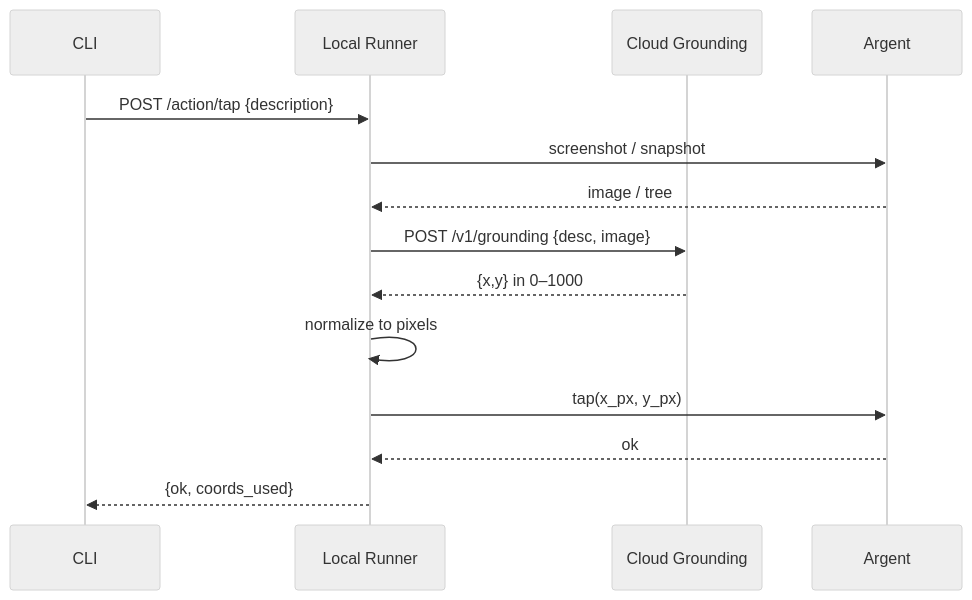
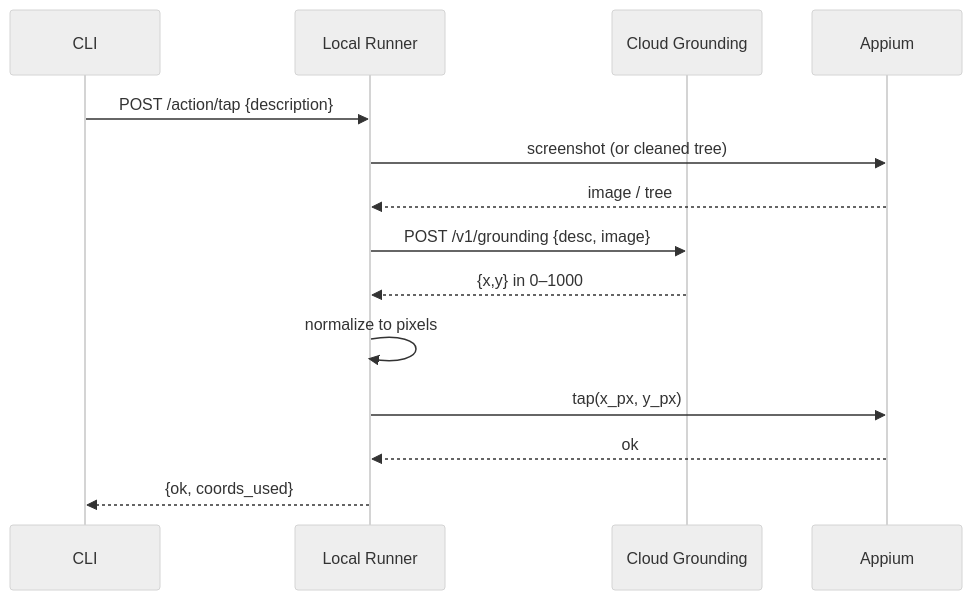
Before and after one commit to Aris-ngoy/qa-agent: the second of 3 diagrams in ARCHITECTURE.md, drawn with Mermaid (neutral theme). The commit also changed other lines of this file and 328 other files, not shown here.

````diff
--- a/ARCHITECTURE.md
+++ b/ARCHITECTURE.md
@@ -438,17 +451,17 @@
 ```mermaid
 sequenceDiagram
   participant CLI as CLI
   participant R as Local Runner
   participant G as Cloud Grounding
-  participant A as Argent
+  participant A as Appium
 
   CLI->>R: POST /action/tap {description}
-  R->>A: screenshot / snapshot
+  R->>A: screenshot (or cleaned tree)
   A-->>R: image / tree
   R->>G: POST /v1/grounding {desc, image}
   G-->>R: {x,y} in 0–1000
   R->>R: normalize to pixels
   R->>A: tap(x_px, y_px)
   A-->>R: ok
   R-->>CLI: {ok, coords_used}
 ```
````
